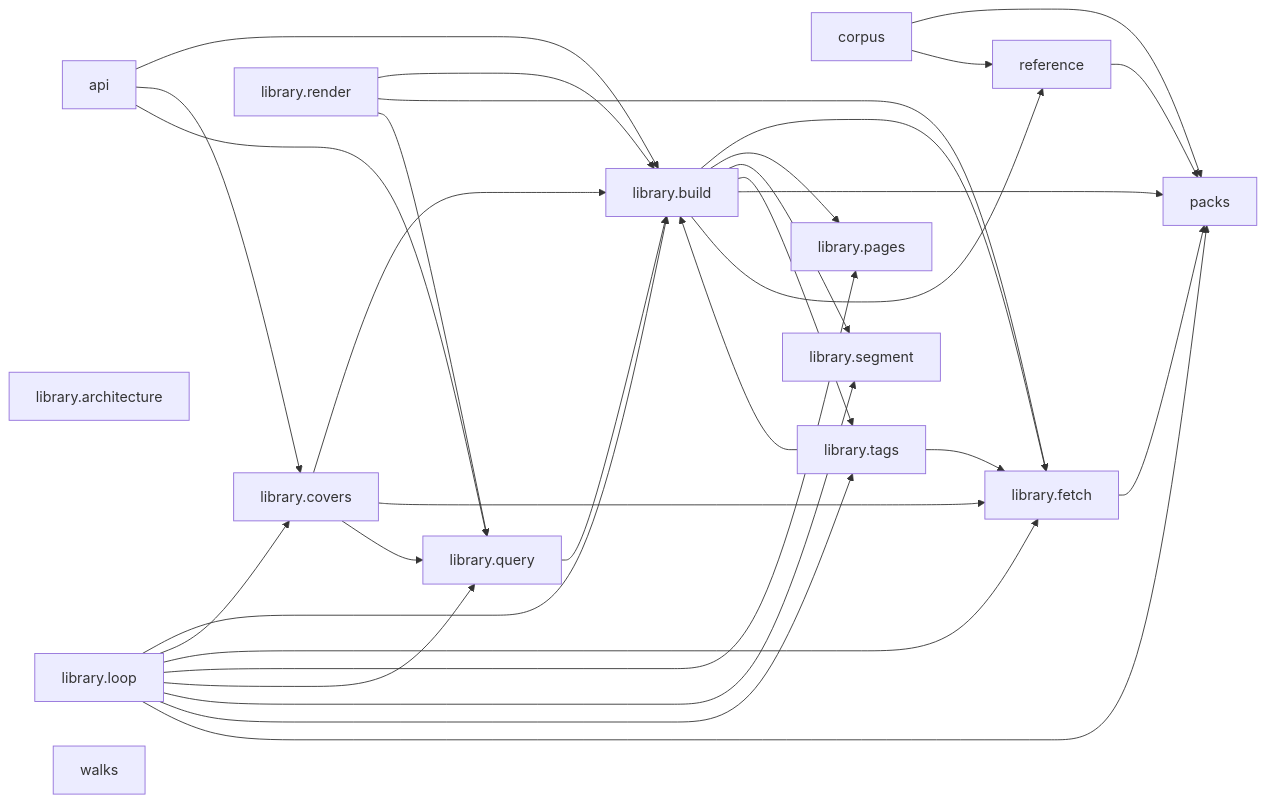
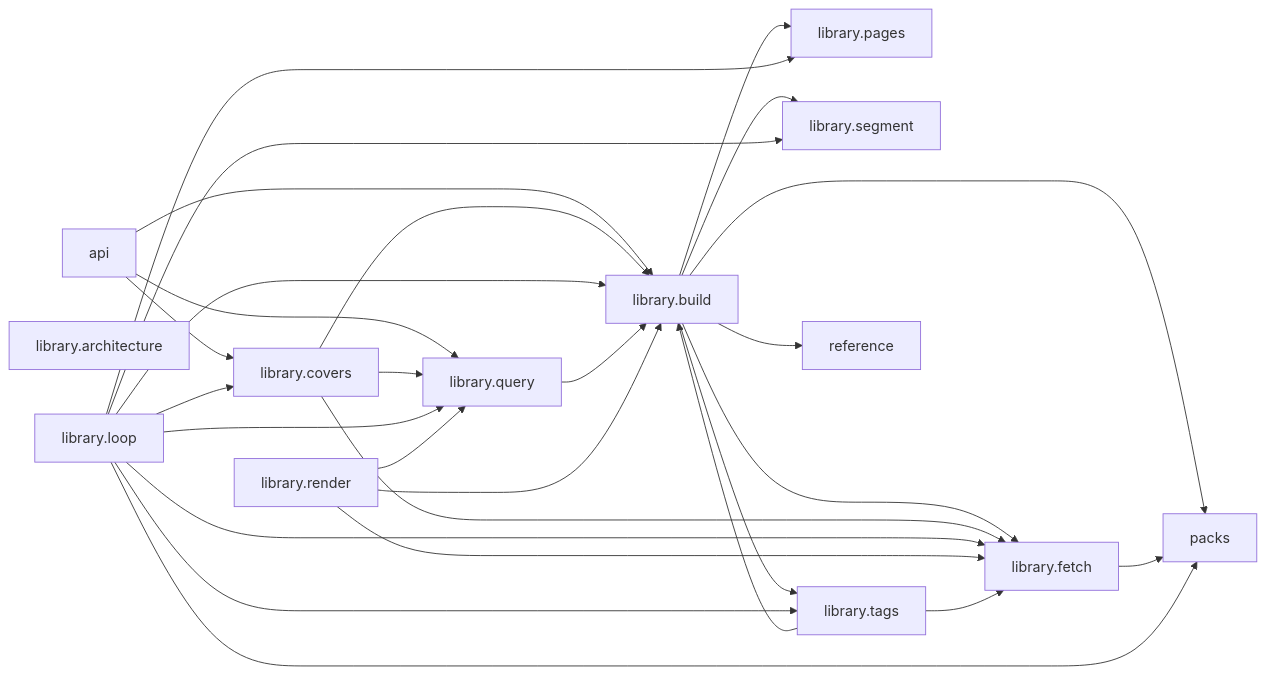
The first of 2 diagrams in docs/content/architecture.md (reversely/lifekit), drawn with Mermaid before and after one commit. The commit also changed 9 other files, not shown here.

````diff
--- a/docs/content/architecture.md
+++ b/docs/content/architecture.md
@@ -9,48 +9,43 @@
 ```mermaid
 graph LR
   lifekit_api["api"]
   lifekit_api --> lifekit_library_build
   lifekit_api --> lifekit_library_covers
   lifekit_api --> lifekit_library_query
-  lifekit_corpus["corpus"]
-  lifekit_corpus --> lifekit_packs
-  lifekit_corpus --> lifekit_reference
   lifekit_library_architecture["library.architecture"]
   lifekit_library_build["library.build"]
   lifekit_library_build --> lifekit_library_fetch
   lifekit_library_build --> lifekit_library_pages
   lifekit_library_build --> lifekit_library_segment
   lifekit_library_build --> lifekit_library_tags
   lifekit_library_build --> lifekit_packs
   lifekit_library_build --> lifekit_reference
   lifekit_library_covers["library.covers"]
   lifekit_library_covers --> lifekit_library_build
   lifekit_library_covers --> lifekit_library_fetch
   lifekit_library_covers --> lifekit_library_query
   lifekit_library_fetch["library.fetch"]
   lifekit_library_fetch --> lifekit_packs
   lifekit_library_loop["library.loop"]
   lifekit_library_loop --> lifekit_library_build
   lifekit_library_loop --> lifekit_library_covers
   lifekit_library_loop --> lifekit_library_fetch
   lifekit_library_loop --> lifekit_library_pages
   lifekit_library_loop --> lifekit_library_query
   lifekit_library_loop --> lifekit_library_segment
   lifekit_library_loop --> lifekit_library_tags
   lifekit_library_loop --> lifekit_packs
   lifekit_library_pages["library.pages"]
   lifekit_library_query["library.query"]
   lifekit_library_query --> lifekit_library_build
   lifekit_library_render["library.render"]
   lifekit_library_render --> lifekit_library_build
   lifekit_library_render --> lifekit_library_fetch
   lifekit_library_render --> lifekit_library_query
   lifekit_library_segment["library.segment"]
   lifekit_library_tags["library.tags"]
   lifekit_library_tags --> lifekit_library_build
   lifekit_library_tags --> lifekit_library_fetch
   lifekit_packs["packs"]
   lifekit_reference["reference"]
-  lifekit_reference --> lifekit_packs
-  lifekit_walks["walks"]
 ```
````
